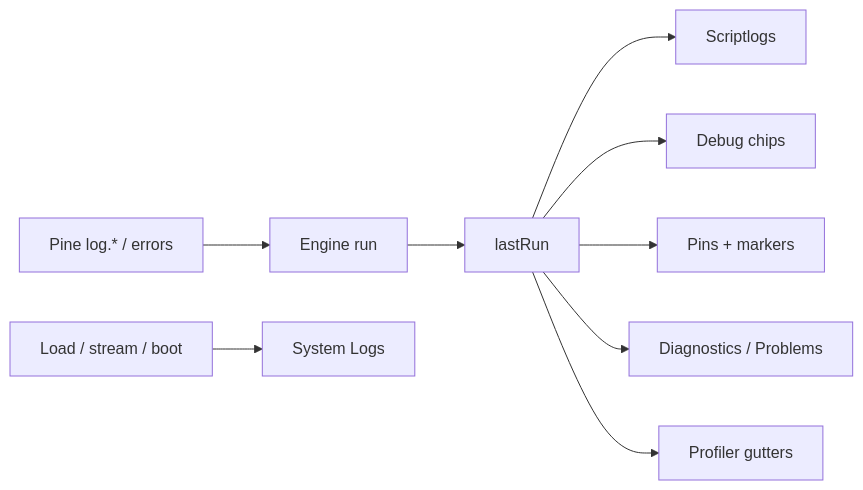
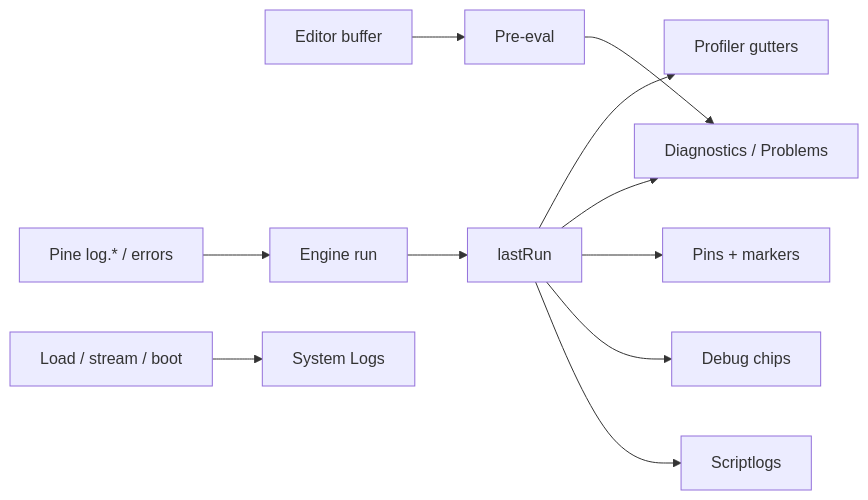
The diagram in docs/ui/debugging.mdx (hoox-sh/axis), drawn with Mermaid before and after one commit. The commit also changed 27 other files, not shown here.

````diff
--- a/docs/ui/debugging.mdx
+++ b/docs/ui/debugging.mdx
@@ -58,11 +58,13 @@
 ```mermaid
 flowchart LR
+  SRC[Editor buffer] --> PRE[Pre-eval]
+  PRE --> DIAG[Diagnostics / Problems]
   PIN[Pine log.* / errors] --> ENG[Engine run]
   ENG --> RR[lastRun]
   RR --> SL[Scriptlogs]
   RR --> DBG[Debug chips]
   RR --> PINZ[Pins + markers]
-  RR --> DIAG[Diagnostics / Problems]
+  RR --> DIAG
   RR --> PR[Profiler gutters]
   APP[Load / stream / boot] --> SYS[System Logs]
 ```
````
